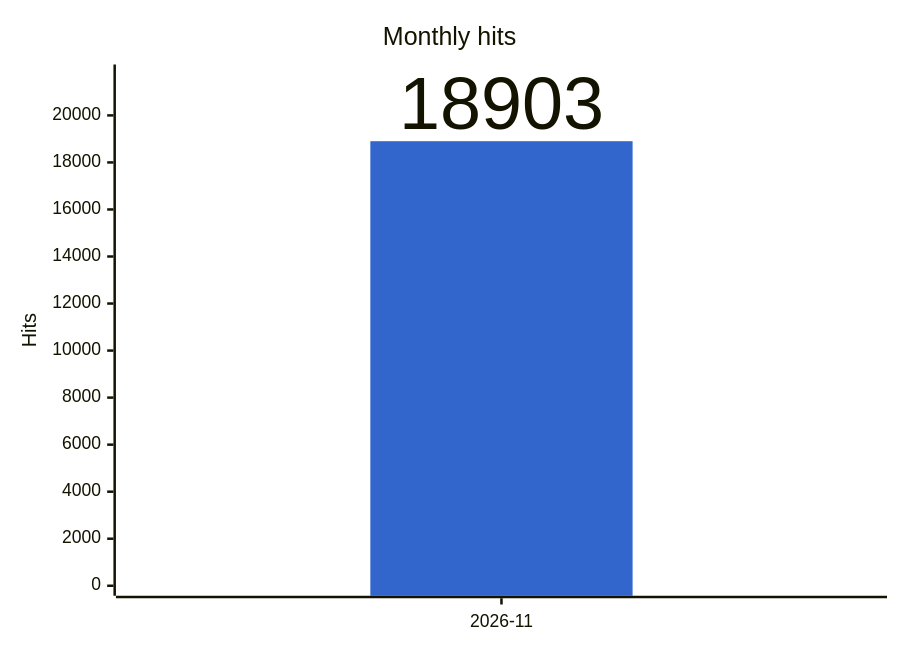
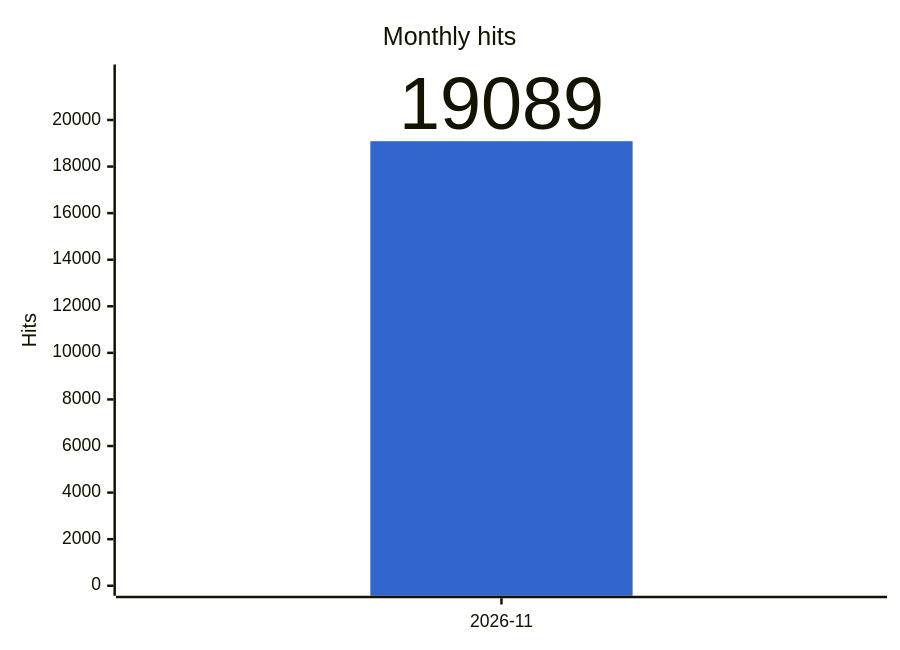
The fourth of 4 diagrams in docs/stats.md (gmoulard/wikipedia2book), drawn with Mermaid before and after one commit. The commit also changed other lines of this file and 3 other files, not shown here.

````diff
--- a/docs/stats.md
+++ b/docs/stats.md
@@ -54,8 +54,8 @@
 ```mermaid
 %%{init: {"xyChart": {"width": 700, "showDataLabel": true, "showDataLabelOutsideBar": true}, "themeVariables": {"xyChart": {"plotColorPalette": "#3366cc"}}}}%%
 xychart-beta
     title "Monthly hits"
     x-axis ["2026-11"]
-    y-axis "Hits" 0 --> 21739
-    bar [18903]
+    y-axis "Hits" 0 --> 21953
+    bar [19089]
 ```
````
